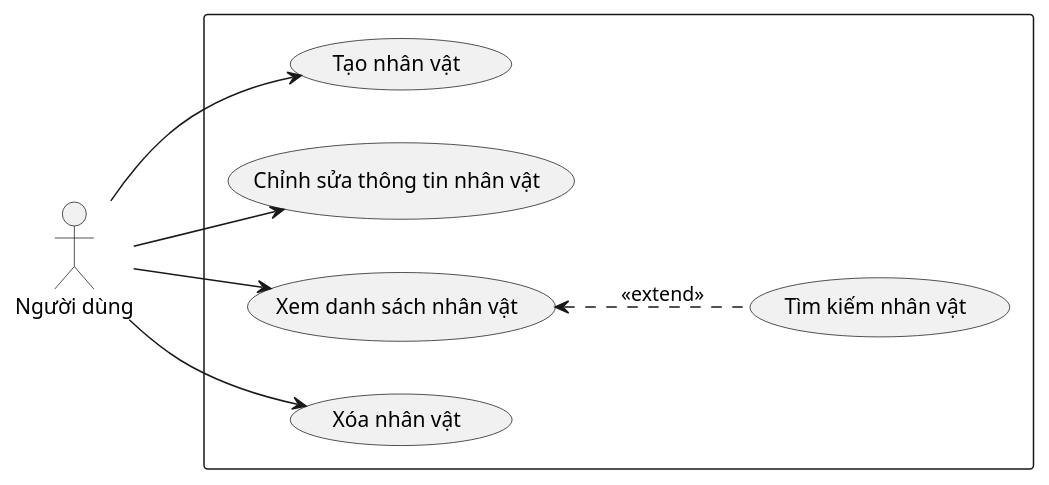
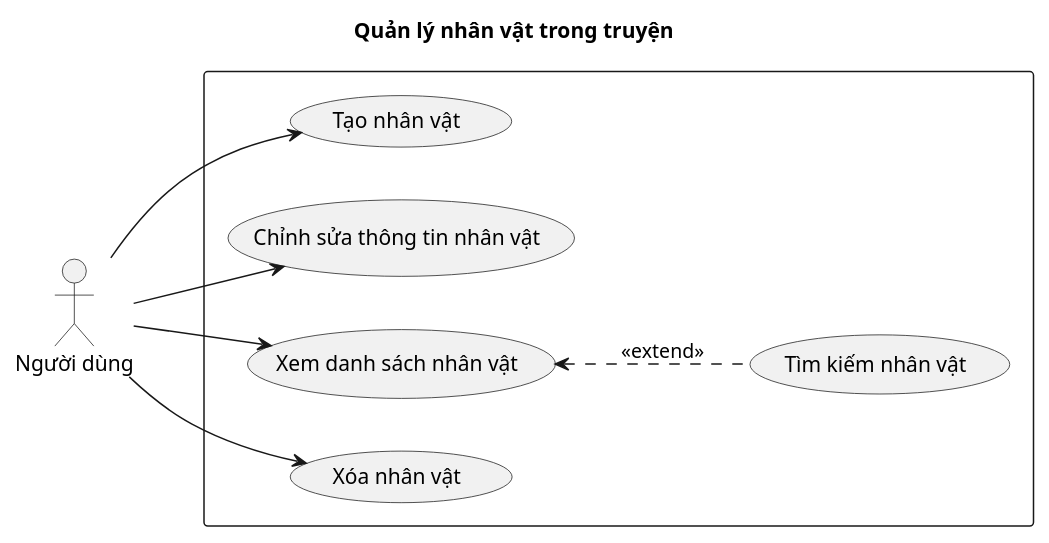
The diagram in docs/use-case-diagrams/uc_01_01.puml (202416852-anhpv/story2video-docs), drawn with PlantUML before and after one commit. The commit also changed 6 other files, not shown here.

Commit message:
docs: add titles to use case diagrams

```diff
--- a/docs/use-case-diagrams/uc_01_01.puml
+++ b/docs/use-case-diagrams/uc_01_01.puml
@@ -1,21 +1,22 @@
-@startuml uc_01_01
+@startuml
+title Quản lý nhân vật trong truyện
 left to right direction
 
 actor "Người dùng" as User
 
 rectangle {
     usecase "Tạo nhân vật" as UC_01
     usecase "Chỉnh sửa thông tin nhân vật" as UC_02
     usecase "Xem danh sách nhân vật" as UC_03
     usecase "Xóa nhân vật" as UC_04
     usecase "Tìm kiếm nhân vật" as UC_05
 }
 
 User --> UC_04
 User --> UC_01
 User --> UC_02
 User --> UC_03
 
 UC_03 <.. UC_05 : <<extend>>
 
 @enduml
```
